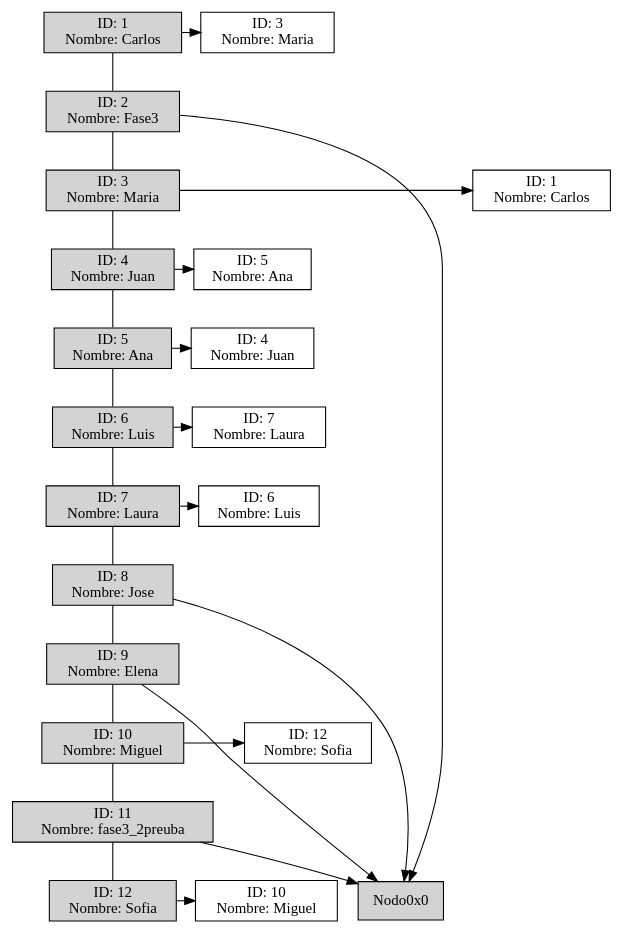
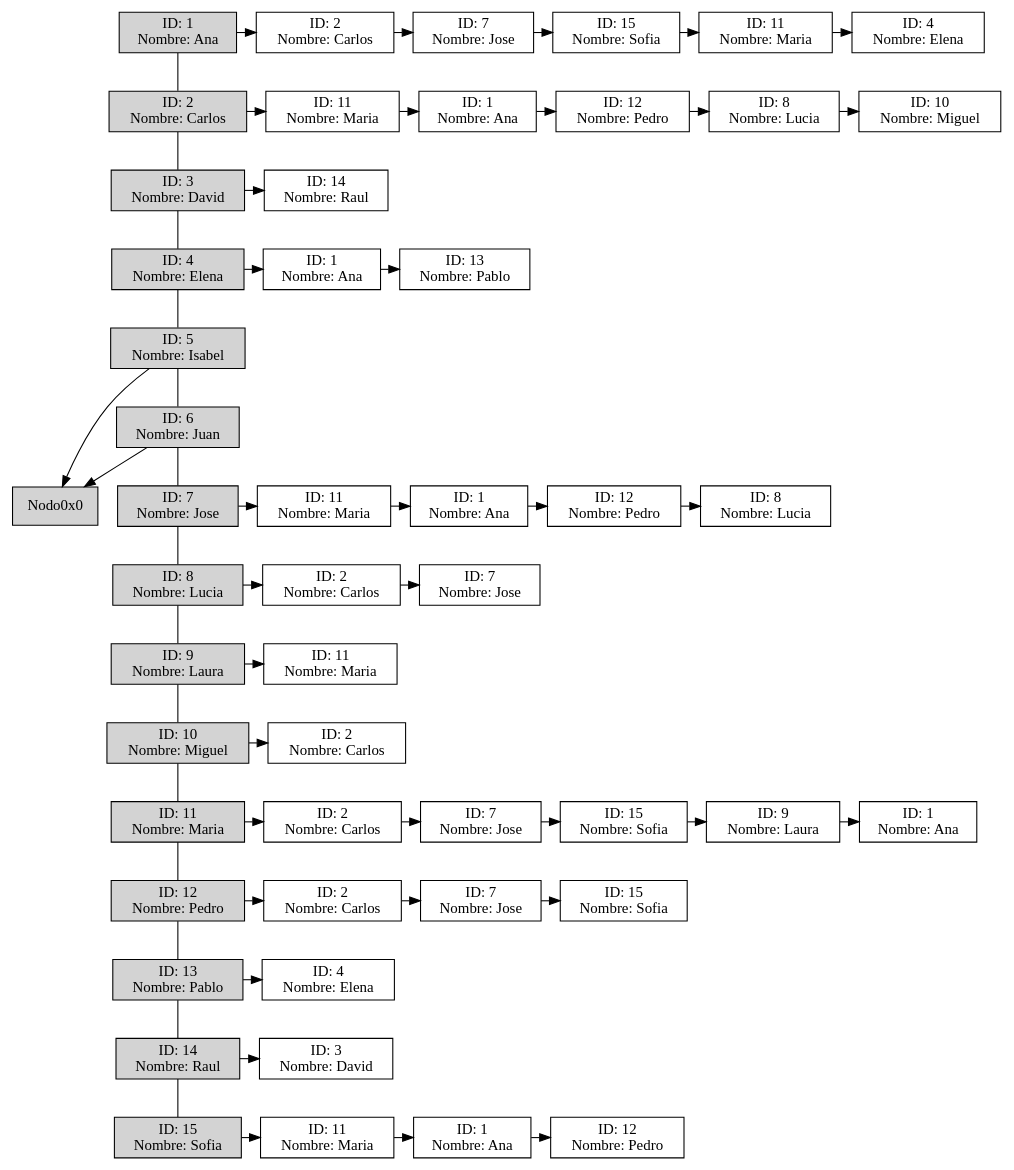
One commit to Ggi0/-EDD-Proyecto_202100229 changed the diagram in fase3/usuarios/reportes/grafoLista.dot. Above: the diagram before and after it, drawn with Graphviz. The commit also changed 197 other files, not shown here.

```diff
--- a/fase3/usuarios/reportes/grafoLista.dot
+++ b/fase3/usuarios/reportes/grafoLista.dot
@@ -1,47 +1,103 @@
 digraph G {
 node[shape = "box" style = "filled"]
-Nodo1[label = "ID: 1\nNombre: Carlos" group = "1" fillcolor="lightgray"];
-Nodo1->Nodo2[dir = none];Nodo1->Nodo0x7f8c3bee8490;
-Nodo0x7f8c3bee8490[label = "ID: 3\nNombre: Maria" fillcolor = "white"];
-{rank=same;Nodo1;Nodo0x7f8c3bee8490}
-Nodo2[label = "ID: 2\nNombre: Fase3" group = "1" fillcolor="lightgray"];
-Nodo2->Nodo3[dir = none];Nodo2->Nodo0x0;
-{rank=same;Nodo2}
-Nodo3[label = "ID: 3\nNombre: Maria" group = "1" fillcolor="lightgray"];
-Nodo3->Nodo4[dir = none];Nodo3->Nodo0x7f8c3be75300;
-Nodo0x7f8c3be75300[label = "ID: 1\nNombre: Carlos" fillcolor = "white"];
-{rank=same;Nodo3;Nodo0x7f8c3be75300}
-Nodo4[label = "ID: 4\nNombre: Juan" group = "1" fillcolor="lightgray"];
-Nodo4->Nodo5[dir = none];Nodo4->Nodo0x7f8c41e11580;
-Nodo0x7f8c41e11580[label = "ID: 5\nNombre: Ana" fillcolor = "white"];
-{rank=same;Nodo4;Nodo0x7f8c41e11580}
-Nodo5[label = "ID: 5\nNombre: Ana" group = "1" fillcolor="lightgray"];
-Nodo5->Nodo6[dir = none];Nodo5->Nodo0x7f8c41e1b8d0;
-Nodo0x7f8c41e1b8d0[label = "ID: 4\nNombre: Juan" fillcolor = "white"];
-{rank=same;Nodo5;Nodo0x7f8c41e1b8d0}
-Nodo6[label = "ID: 6\nNombre: Luis" group = "1" fillcolor="lightgray"];
-Nodo6->Nodo7[dir = none];Nodo6->Nodo0x7f8c3be7eb50;
-Nodo0x7f8c3be7eb50[label = "ID: 7\nNombre: Laura" fillcolor = "white"];
-{rank=same;Nodo6;Nodo0x7f8c3be7eb50}
-Nodo7[label = "ID: 7\nNombre: Laura" group = "1" fillcolor="lightgray"];
-Nodo7->Nodo8[dir = none];Nodo7->Nodo0x7f8c41e17460;
-Nodo0x7f8c41e17460[label = "ID: 6\nNombre: Luis" fillcolor = "white"];
-{rank=same;Nodo7;Nodo0x7f8c41e17460}
-Nodo8[label = "ID: 8\nNombre: Jose" group = "1" fillcolor="lightgray"];
-Nodo8->Nodo9[dir = none];Nodo8->Nodo0x0;
-{rank=same;Nodo8}
-Nodo9[label = "ID: 9\nNombre: Elena" group = "1" fillcolor="lightgray"];
-Nodo9->Nodo10[dir = none];Nodo9->Nodo0x0;
-{rank=same;Nodo9}
+Nodo1[label = "ID: 1\nNombre: Ana" group = "1" fillcolor="lightgray"];
+Nodo1->Nodo2[dir = none];Nodo1->Nodo0x7f9f7cd60f10;
+Nodo0x7f9f7cd60f10[label = "ID: 2\nNombre: Carlos" fillcolor = "white"];
+Nodo0x7f9f7cd60f10->Nodo0x7f9f7cc75680;
+Nodo0x7f9f7cc75680[label = "ID: 7\nNombre: Jose" fillcolor = "white"];
+Nodo0x7f9f7cc75680->Nodo0x7f9f7cc73590;
+Nodo0x7f9f7cc73590[label = "ID: 15\nNombre: Sofia" fillcolor = "white"];
+Nodo0x7f9f7cc73590->Nodo0x7f9f7cc7cda0;
+Nodo0x7f9f7cc7cda0[label = "ID: 11\nNombre: Maria" fillcolor = "white"];
+Nodo0x7f9f7cc7cda0->Nodo0x7f9f7cc7d010;
+Nodo0x7f9f7cc7d010[label = "ID: 4\nNombre: Elena" fillcolor = "white"];
+{rank=same;Nodo1;Nodo0x7f9f7cd60f10;Nodo0x7f9f7cc75680;Nodo0x7f9f7cc73590;Nodo0x7f9f7cc7cda0;Nodo0x7f9f7cc7d010}
+Nodo2[label = "ID: 2\nNombre: Carlos" group = "1" fillcolor="lightgray"];
+Nodo2->Nodo3[dir = none];Nodo2->Nodo0x7f9f7cd60b40;
+Nodo0x7f9f7cd60b40[label = "ID: 11\nNombre: Maria" fillcolor = "white"];
+Nodo0x7f9f7cd60b40->Nodo0x7f9f7cd60db0;
+Nodo0x7f9f7cd60db0[label = "ID: 1\nNombre: Ana" fillcolor = "white"];
+Nodo0x7f9f7cd60db0->Nodo0x7f9f7ce1ff80;
+Nodo0x7f9f7ce1ff80[label = "ID: 12\nNombre: Pedro" fillcolor = "white"];
+Nodo0x7f9f7ce1ff80->Nodo0x7f9f7ce54530;
+Nodo0x7f9f7ce54530[label = "ID: 8\nNombre: Lucia" fillcolor = "white"];
+Nodo0x7f9f7ce54530->Nodo0x7f9f7ce55f20;
+Nodo0x7f9f7ce55f20[label = "ID: 10\nNombre: Miguel" fillcolor = "white"];
+{rank=same;Nodo2;Nodo0x7f9f7cd60b40;Nodo0x7f9f7cd60db0;Nodo0x7f9f7ce1ff80;Nodo0x7f9f7ce54530;Nodo0x7f9f7ce55f20}
+Nodo3[label = "ID: 3\nNombre: David" group = "1" fillcolor="lightgray"];
+Nodo3->Nodo4[dir = none];Nodo3->Nodo0x7f9f7cd61180;
+Nodo0x7f9f7cd61180[label = "ID: 14\nNombre: Raul" fillcolor = "white"];
+{rank=same;Nodo3;Nodo0x7f9f7cd61180}
+Nodo4[label = "ID: 4\nNombre: Elena" group = "1" fillcolor="lightgray"];
+Nodo4->Nodo5[dir = none];Nodo4->Nodo0x7f9f7cc7d170;
+Nodo0x7f9f7cc7d170[label = "ID: 1\nNombre: Ana" fillcolor = "white"];
+Nodo0x7f9f7cc7d170->Nodo0x7f9f7cd61290;
+Nodo0x7f9f7cd61290[label = "ID: 13\nNombre: Pablo" fillcolor = "white"];
+{rank=same;Nodo4;Nodo0x7f9f7cc7d170;Nodo0x7f9f7cd61290}
+Nodo5[label = "ID: 5\nNombre: Isabel" group = "1" fillcolor="lightgray"];
+Nodo5->Nodo6[dir = none];Nodo5->Nodo0x0;
+{rank=same;Nodo5}
+Nodo6[label = "ID: 6\nNombre: Juan" group = "1" fillcolor="lightgray"];
+Nodo6->Nodo7[dir = none];Nodo6->Nodo0x0;
+{rank=same;Nodo6}
+Nodo7[label = "ID: 7\nNombre: Jose" group = "1" fillcolor="lightgray"];
+Nodo7->Nodo8[dir = none];Nodo7->Nodo0x7f9f7ce64b30;
+Nodo0x7f9f7ce64b30[label = "ID: 11\nNombre: Maria" fillcolor = "white"];
+Nodo0x7f9f7ce64b30->Nodo0x7f9f7cc74fd0;
+Nodo0x7f9f7cc74fd0[label = "ID: 1\nNombre: Ana" fillcolor = "white"];
+Nodo0x7f9f7cc74fd0->Nodo0x7f9f7cc7beb0;
+Nodo0x7f9f7cc7beb0[label = "ID: 12\nNombre: Pedro" fillcolor = "white"];
+Nodo0x7f9f7cc7beb0->Nodo0x7f9f7cc7c830;
+Nodo0x7f9f7cc7c830[label = "ID: 8\nNombre: Lucia" fillcolor = "white"];
+{rank=same;Nodo7;Nodo0x7f9f7ce64b30;Nodo0x7f9f7cc74fd0;Nodo0x7f9f7cc7beb0;Nodo0x7f9f7cc7c830}
+Nodo8[label = "ID: 8\nNombre: Lucia" group = "1" fillcolor="lightgray"];
+Nodo8->Nodo9[dir = none];Nodo8->Nodo0x7f9f7ce55e60;
+Nodo0x7f9f7ce55e60[label = "ID: 2\nNombre: Carlos" fillcolor = "white"];
+Nodo0x7f9f7ce55e60->Nodo0x7f9f7cc7c770;
+Nodo0x7f9f7cc7c770[label = "ID: 7\nNombre: Jose" fillcolor = "white"];
+{rank=same;Nodo8;Nodo0x7f9f7ce55e60;Nodo0x7f9f7cc7c770}
+Nodo9[label = "ID: 9\nNombre: Laura" group = "1" fillcolor="lightgray"];
+Nodo9->Nodo10[dir = none];Nodo9->Nodo0x7f9f7cc7cc90;
+Nodo0x7f9f7cc7cc90[label = "ID: 11\nNombre: Maria" fillcolor = "white"];
+{rank=same;Nodo9;Nodo0x7f9f7cc7cc90}
 Nodo10[label = "ID: 10\nNombre: Miguel" group = "1" fillcolor="lightgray"];
-Nodo10->Nodo11[dir = none];Nodo10->Nodo0x7f8c41e16c50;
-Nodo0x7f8c41e16c50[label = "ID: 12\nNombre: Sofia" fillcolor = "white"];
-{rank=same;Nodo10;Nodo0x7f8c41e16c50}
-Nodo11[label = "ID: 11\nNombre: fase3_2preuba" group = "1" fillcolor="lightgray"];
-Nodo11->Nodo12[dir = none];Nodo11->Nodo0x0;
-{rank=same;Nodo11}
-Nodo12[label = "ID: 12\nNombre: Sofia" group = "1" fillcolor="lightgray"];
-Nodo12->Nodo0x7f8c3be6c800;
-Nodo0x7f8c3be6c800[label = "ID: 10\nNombre: Miguel" fillcolor = "white"];
-{rank=same;Nodo12;Nodo0x7f8c3be6c800}
+Nodo10->Nodo11[dir = none];Nodo10->Nodo0x7f9f7ce55fe0;
+Nodo0x7f9f7ce55fe0[label = "ID: 2\nNombre: Carlos" fillcolor = "white"];
+{rank=same;Nodo10;Nodo0x7f9f7ce55fe0}
+Nodo11[label = "ID: 11\nNombre: Maria" group = "1" fillcolor="lightgray"];
+Nodo11->Nodo12[dir = none];Nodo11->Nodo0x7f9f7cd60ca0;
+Nodo0x7f9f7cd60ca0[label = "ID: 2\nNombre: Carlos" fillcolor = "white"];
+Nodo0x7f9f7cd60ca0->Nodo0x7f9f7ce64a70;
+Nodo0x7f9f7ce64a70[label = "ID: 7\nNombre: Jose" fillcolor = "white"];
+Nodo0x7f9f7ce64a70->Nodo0x7f9f7cc7c190;
+Nodo0x7f9f7cc7c190[label = "ID: 15\nNombre: Sofia" fillcolor = "white"];
+Nodo0x7f9f7cc7c190->Nodo0x7f9f7cc7cb30;
+Nodo0x7f9f7cc7cb30[label = "ID: 9\nNombre: Laura" fillcolor = "white"];
+Nodo0x7f9f7cc7cb30->Nodo0x7f9f7cc7cf00;
+Nodo0x7f9f7cc7cf00[label = "ID: 1\nNombre: Ana" fillcolor = "white"];
+{rank=same;Nodo11;Nodo0x7f9f7cd60ca0;Nodo0x7f9f7ce64a70;Nodo0x7f9f7cc7c190;Nodo0x7f9f7cc7cb30;Nodo0x7f9f7cc7cf00}
+Nodo12[label = "ID: 12\nNombre: Pedro" group = "1" fillcolor="lightgray"];
+Nodo12->Nodo13[dir = none];Nodo12->Nodo0x7f9f7ce4a180;
+Nodo0x7f9f7ce4a180[label = "ID: 2\nNombre: Carlos" fillcolor = "white"];
+Nodo0x7f9f7ce4a180->Nodo0x7f9f7cc73e20;
+Nodo0x7f9f7cc73e20[label = "ID: 7\nNombre: Jose" fillcolor = "white"];
+Nodo0x7f9f7cc73e20->Nodo0x7f9f7cc731b0;
+Nodo0x7f9f7cc731b0[label = "ID: 15\nNombre: Sofia" fillcolor = "white"];
+{rank=same;Nodo12;Nodo0x7f9f7ce4a180;Nodo0x7f9f7cc73e20;Nodo0x7f9f7cc731b0}
+Nodo13[label = "ID: 13\nNombre: Pablo" group = "1" fillcolor="lightgray"];
+Nodo13->Nodo14[dir = none];Nodo13->Nodo0x7f9f7cd613f0;
+Nodo0x7f9f7cd613f0[label = "ID: 4\nNombre: Elena" fillcolor = "white"];
+{rank=same;Nodo13;Nodo0x7f9f7cd613f0}
+Nodo14[label = "ID: 14\nNombre: Raul" group = "1" fillcolor="lightgray"];
+Nodo14->Nodo15[dir = none];Nodo14->Nodo0x7f9f7cd61020;
+Nodo0x7f9f7cd61020[label = "ID: 3\nNombre: David" fillcolor = "white"];
+{rank=same;Nodo14;Nodo0x7f9f7cd61020}
+Nodo15[label = "ID: 15\nNombre: Sofia" group = "1" fillcolor="lightgray"];
+Nodo15->Nodo0x7f9f7cc7c2a0;
+Nodo0x7f9f7cc7c2a0[label = "ID: 11\nNombre: Maria" fillcolor = "white"];
+Nodo0x7f9f7cc7c2a0->Nodo0x7f9f7cc730f0;
+Nodo0x7f9f7cc730f0[label = "ID: 1\nNombre: Ana" fillcolor = "white"];
+Nodo0x7f9f7cc730f0->Nodo0x7f9f7cc7ca20;
+Nodo0x7f9f7cc7ca20[label = "ID: 12\nNombre: Pedro" fillcolor = "white"];
+{rank=same;Nodo15;Nodo0x7f9f7cc7c2a0;Nodo0x7f9f7cc730f0;Nodo0x7f9f7cc7ca20}
 }
```
